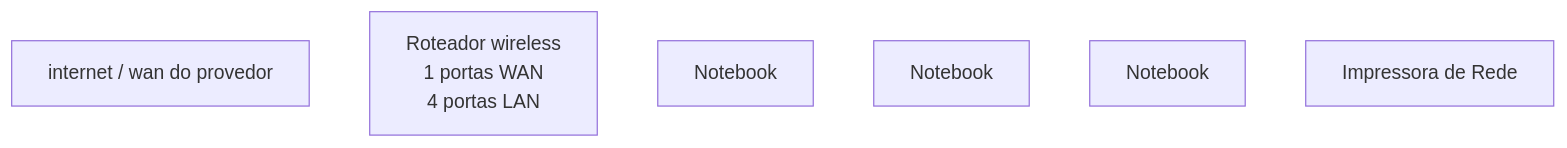
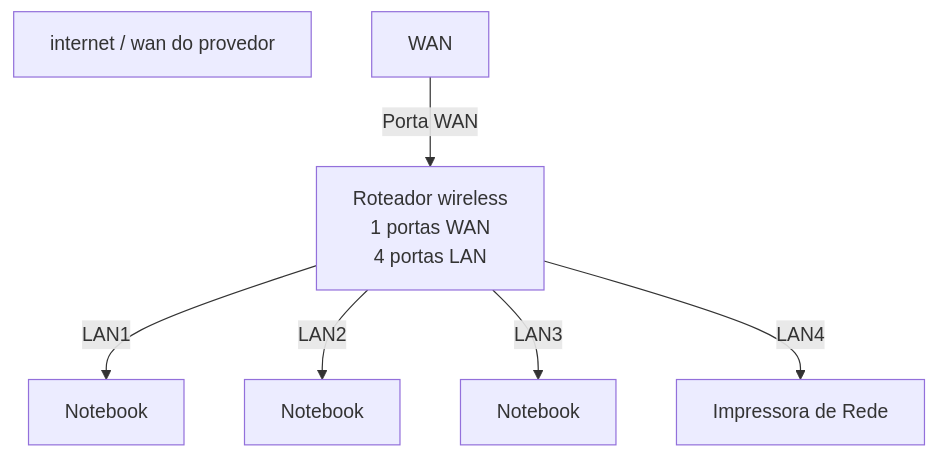
The diagram in README.md (Mantovani009/lab-redes01), drawn with Mermaid before and after one commit.

````diff
--- a/README.md
+++ b/README.md
@@ -36,14 +36,18 @@
 ```mermaid
 graph TD
 
 wan[internet / wan do provedor]
 
 Router[Roteador wireless<br>1 portas WAN<br> 4 portas LAN]
 
 PC1[Notebook]
 PC2[Notebook]
 PC3[Notebook]
+Printer[Impressora de Rede]
+WAN -->|Porta WAN|Router
 
-Printer[Impressora de Rede]
-
+Router --> |LAN1| PC1
+Router --> |LAN2| PC2
+Router --> |LAN3| PC3
+Router --> |LAN4| Printer
 ```
````
